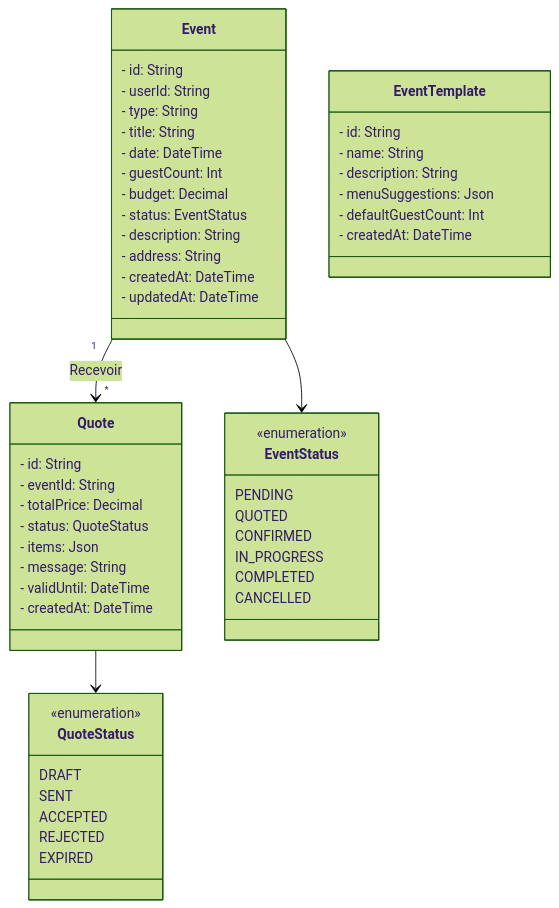
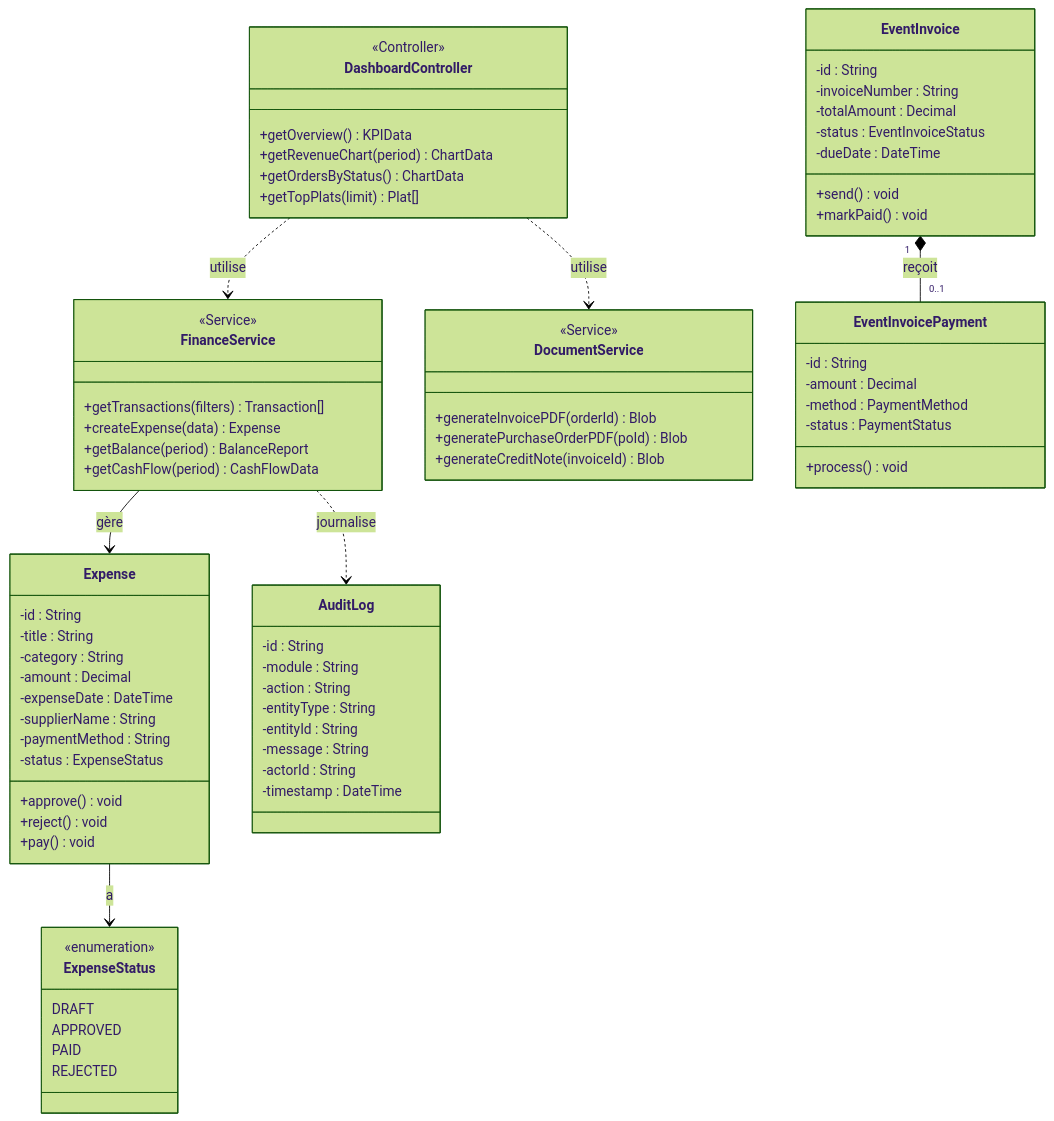
Before and after one commit to hamzabenmarwen/app_pfe: the diagram in mermaid_sources/class_sprint4.mmd, drawn with Mermaid (forest theme). The commit also changed 185 other files, not shown here.

```diff
--- a/mermaid_sources/class_sprint4.mmd
+++ b/mermaid_sources/class_sprint4.mmd
@@ -1,58 +1,83 @@
 classDiagram
-    class Event {
-        - id: String
-        - userId: String
-        - type: String
-        - title: String
-        - date: DateTime
-        - guestCount: Int
-        - budget: Decimal
-        - status: EventStatus
-        - description: String
-        - address: String
-        - createdAt: DateTime
-        - updatedAt: DateTime
+    direction TB
+
+    class DashboardController {
+        <<Controller>>
+        +getOverview() KPIData
+        +getRevenueChart(period) ChartData
+        +getOrdersByStatus() ChartData
+        +getTopPlats(limit) Plat[]
     }
 
-    class Quote {
-        - id: String
-        - eventId: String
-        - totalPrice: Decimal
-        - status: QuoteStatus
-        - items: Json
-        - message: String
-        - validUntil: DateTime
-        - createdAt: DateTime
+    class FinanceService {
+        <<Service>>
+        +getTransactions(filters) Transaction[]
+        +createExpense(data) Expense
+        +getBalance(period) BalanceReport
+        +getCashFlow(period) CashFlowData
     }
 
-    class EventTemplate {
-        - id: String
-        - name: String
-        - description: String
-        - menuSuggestions: Json
-        - defaultGuestCount: Int
-        - createdAt: DateTime
+    class DocumentService {
+        <<Service>>
+        +generateInvoicePDF(orderId) Blob
+        +generatePurchaseOrderPDF(poId) Blob
+        +generateCreditNote(invoiceId) Blob
     }
 
-    class EventStatus {
-        <<enumeration>>
-        PENDING
-        QUOTED
-        CONFIRMED
-        IN_PROGRESS
-        COMPLETED
-        CANCELLED
+    class Expense {
+        -id : String
+        -title : String
+        -category : String
+        -amount : Decimal
+        -expenseDate : DateTime
+        -supplierName : String
+        -paymentMethod : String
+        -status : ExpenseStatus
+        +approve() void
+        +reject() void
+        +pay() void
     }
 
-    class QuoteStatus {
+    class ExpenseStatus {
         <<enumeration>>
         DRAFT
-        SENT
-        ACCEPTED
+        APPROVED
+        PAID
         REJECTED
-        EXPIRED
     }
 
-    Event "1" --> "*" Quote : Recevoir
-    Event --> EventStatus
-    Quote --> QuoteStatus
+    class EventInvoice {
+        -id : String
+        -invoiceNumber : String
+        -totalAmount : Decimal
+        -status : EventInvoiceStatus
+        -dueDate : DateTime
+        +send() void
+        +markPaid() void
+    }
+
+    class EventInvoicePayment {
+        -id : String
+        -amount : Decimal
+        -method : PaymentMethod
+        -status : PaymentStatus
+        +process() void
+    }
+
+    class AuditLog {
+        -id : String
+        -module : String
+        -action : String
+        -entityType : String
+        -entityId : String
+        -message : String
+        -actorId : String
+        -timestamp : DateTime
+    }
+
+    DashboardController ..> FinanceService : utilise
+    DashboardController ..> DocumentService : utilise
+    FinanceService --> Expense : gère
+    Expense --> ExpenseStatus : a
+    EventInvoice "1" *-- "0..1" EventInvoicePayment : reçoit
+    FinanceService ..> AuditLog : journalise
```
